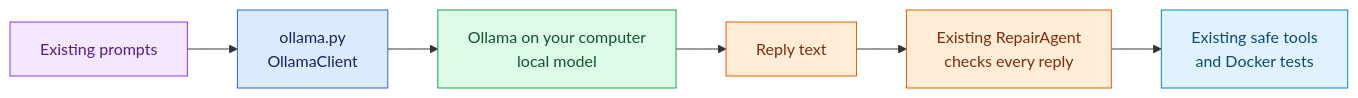
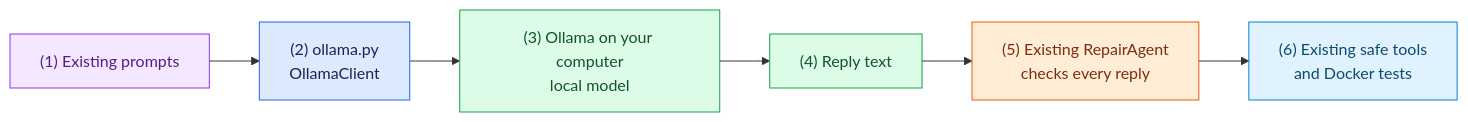
Before and after one commit to ForgettaAnthony/coding-agent-lab: the diagram in tasks/07-live-ollama.md, drawn with Mermaid. The commit also changed other lines of this file and 8 other files, not shown here.

Commit message:
docs: number task flow diagrams

````diff
--- a/tasks/07-live-ollama.md
+++ b/tasks/07-live-ollama.md
@@ -13,21 +15,21 @@
 ```mermaid
 flowchart LR
-    prompts["Existing prompts"] --> ollamaClient["ollama.py\nOllamaClient"]
-    ollamaClient --> ollama["Ollama on your computer\nlocal model"]
-    ollama --> reply["Reply text"]
-    reply --> agent["Existing RepairAgent\nchecks every reply"]
-    agent --> sandbox["Existing safe tools\nand Docker tests"]
+    prompts["(1) Existing prompts"] --> ollamaClient["(2) ollama.py\nOllamaClient"]
+    ollamaClient --> ollama["(3) Ollama on your computer\nlocal model"]
+    ollama --> reply["(4) Reply text"]
+    reply --> agent["(5) Existing RepairAgent\nchecks every reply"]
+    agent --> sandbox["(6) Existing safe tools\nand Docker tests"]
 
     classDef promptBox fill:#f3e8ff,stroke:#9333ea,color:#581c87
     classDef clientBox fill:#dbeafe,stroke:#2563eb,color:#172554
     classDef modelBox fill:#dcfce7,stroke:#16a34a,color:#14532d
     classDef agentBox fill:#ffedd5,stroke:#ea580c,color:#7c2d12
     classDef sandboxBox fill:#e0f2fe,stroke:#0284c7,color:#0c4a6e
 
     class prompts promptBox
     class ollamaClient clientBox
     class ollama modelBox
-    class reply agentBox
+    class reply modelBox
     class agent agentBox
     class sandbox sandboxBox
 ```
````
